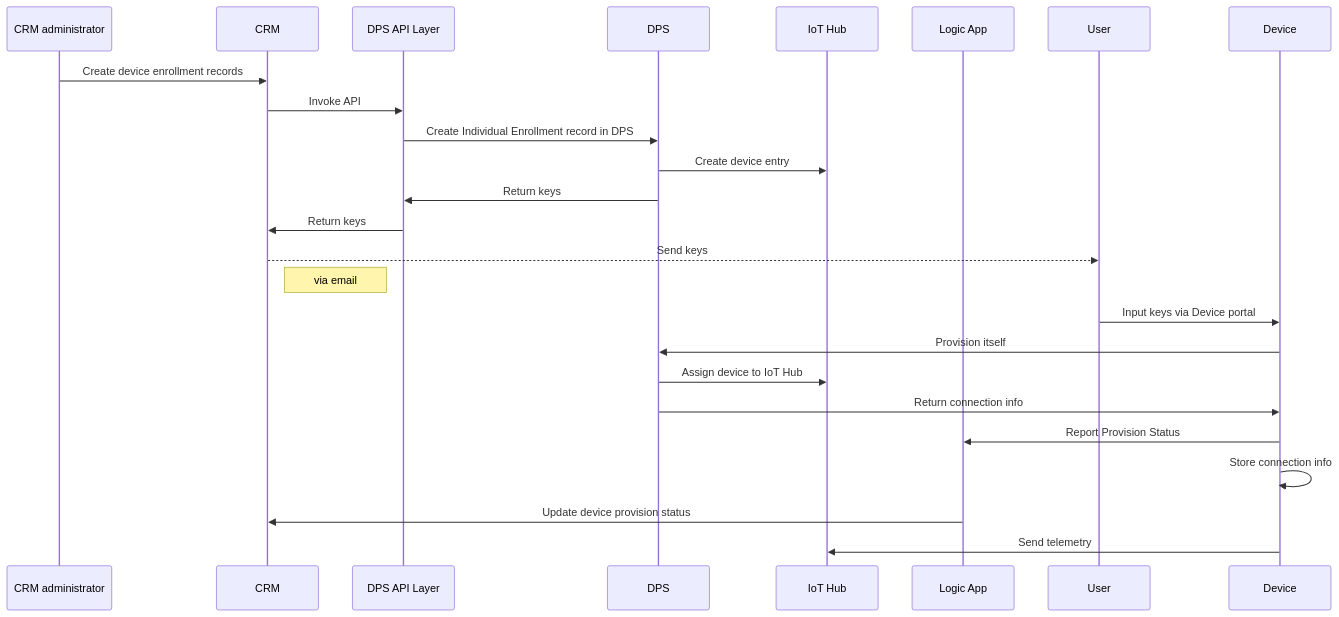
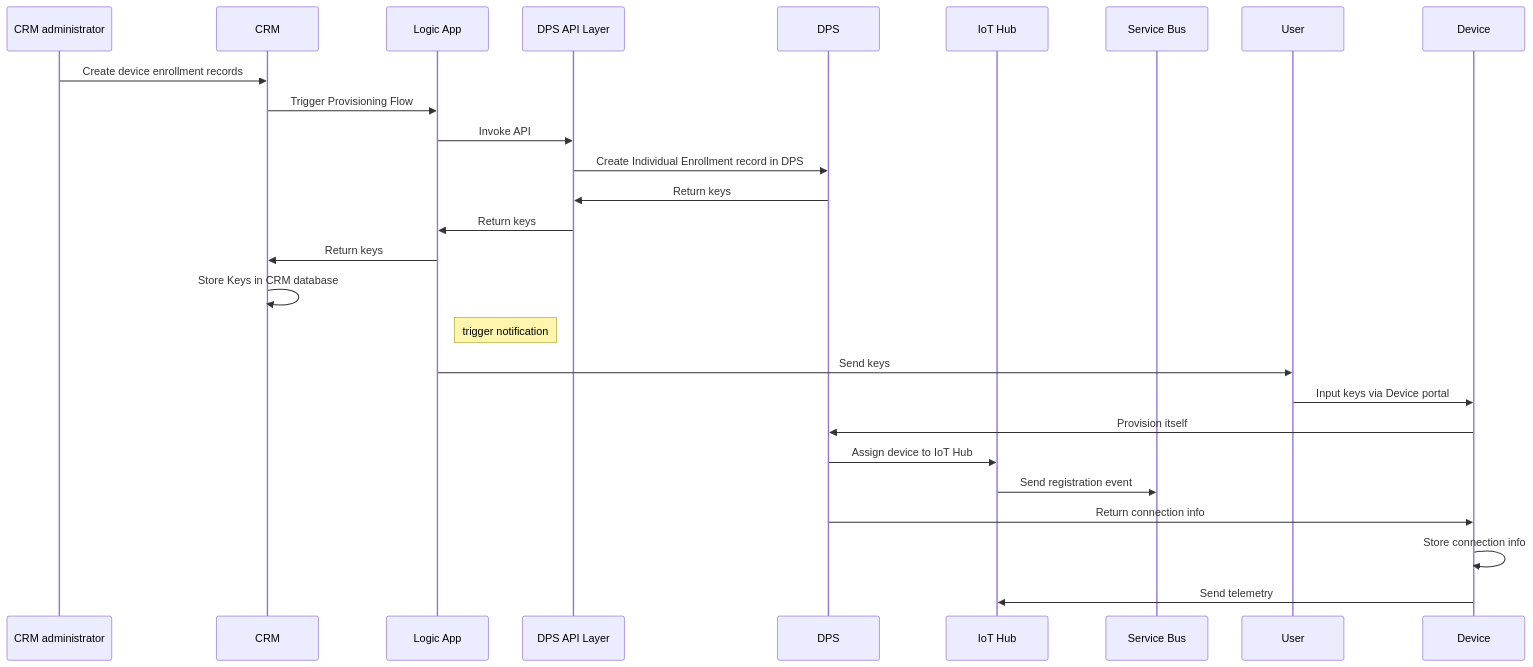
The diagram in docs/img/provisioning-flow.md (Microsoft-DXTW/automate-device-provisioning), drawn with Mermaid before and after one commit. The commit also changed other lines of this file and 18 other files, not shown here.

````diff
--- a/docs/img/provisioning-flow.md
+++ b/docs/img/provisioning-flow.md
@@ -2,29 +3,32 @@
 ```mermaid
 sequenceDiagram
     participant CRM administrator
     participant CRM
+    participant Logic App
     participant DPS API Layer
     participant DPS
     participant IoT Hub
-    participant Logic App
+    participant Service Bus
+
     participant User
     participant Device
-    
+
     CRM administrator->>CRM: Create device enrollment records
-    CRM ->> DPS API Layer: Invoke API
+    CRM ->> Logic App: Trigger Provisioning Flow
+    Logic App ->> DPS API Layer: Invoke API
     DPS API Layer ->> DPS: Create Individual Enrollment record in DPS
-    DPS ->> IoT Hub: Create device entry
     DPS ->> DPS API Layer: Return keys
-    DPS API Layer ->> CRM: Return keys
-    CRM -->> User: Send keys
-    Note right of CRM: via email
+    DPS API Layer ->> Logic App: Return keys
+    Logic App ->> CRM: Return keys
+    CRM ->> CRM: Store Keys in CRM database
+    Note right of Logic App: trigger notification
+    Logic App ->> User: Send keys
     
     User ->> Device: Input keys via Device portal
     Device ->> DPS: Provision itself
     DPS ->> IoT Hub: Assign device to IoT Hub
+    IoT Hub ->> Service Bus: Send registration event
     DPS ->> Device: Return connection info
-    Device ->> Logic App: Report Provision Status
     Device ->> Device: Store connection info
-    Logic App ->> CRM: Update device provision status
     Device ->> IoT Hub: Send telemetry
 ```
````
